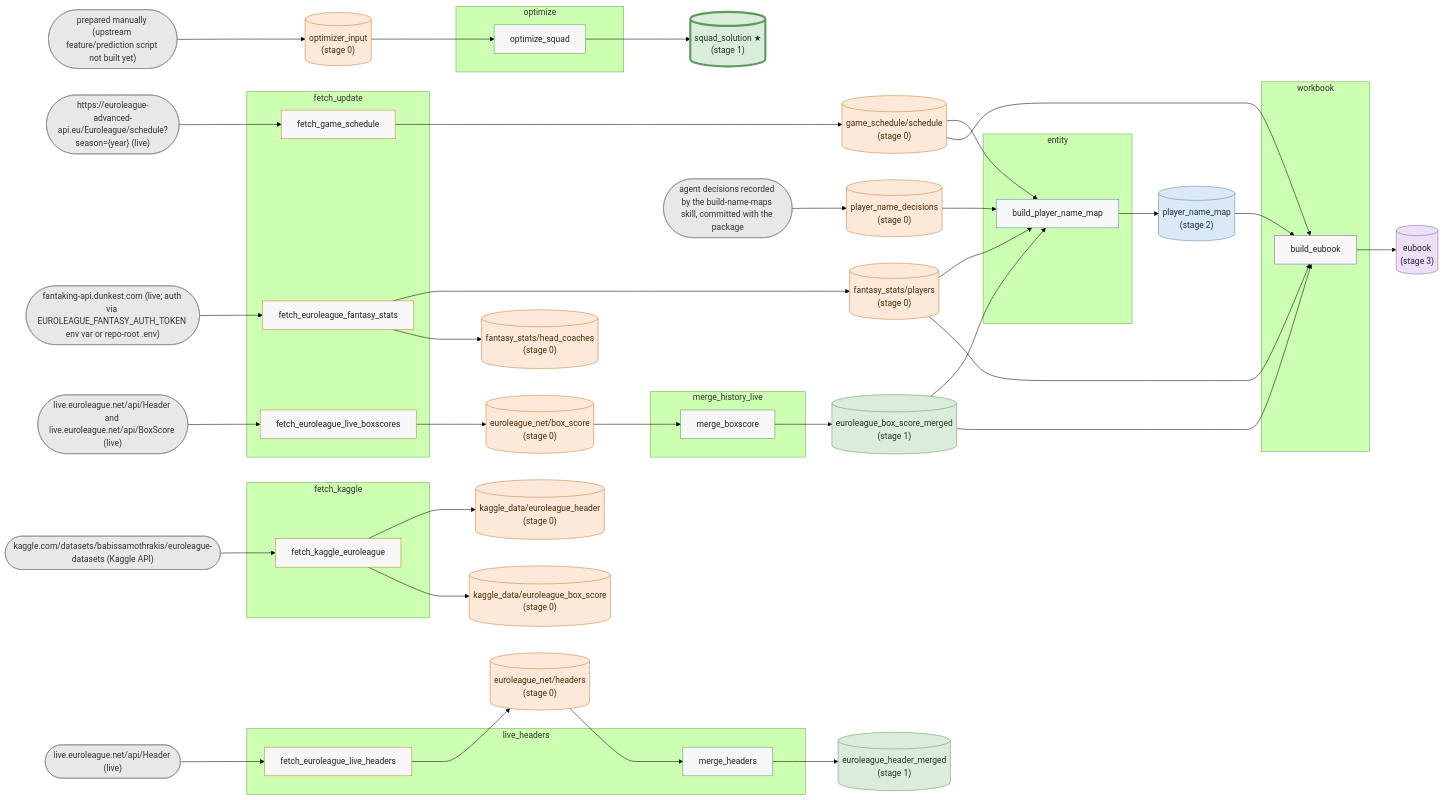
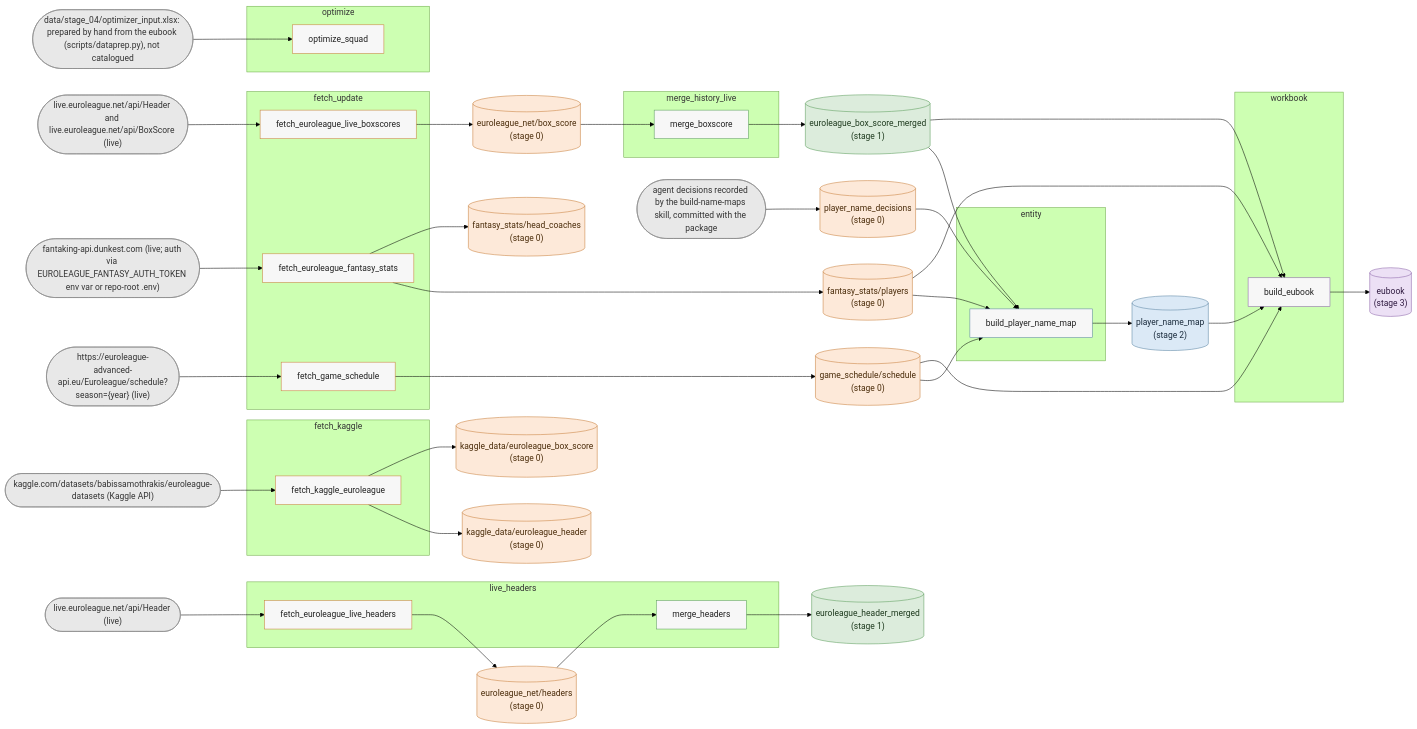
The diagram in docs/data-graph.md (Takfes/indie-euroleague), drawn with Mermaid (forest theme) before and after one commit. The commit also changed 8 other files, not shown here.

First line of the commit message:
refactor(optimize): fold scripts/optimize.py into eupy.optimize.optimize_squad

````diff
--- a/docs/data-graph.md
+++ b/docs/data-graph.md
@@ -8,12 +8,12 @@
 flowchart LR
     %% external sources
     x_agent_decisions_recorded_by_the_build_name_maps_skill__committed_with_the_package(["agent decisions recorded by the build-name-maps skill, committed with the package"])
+    x_data_stage_04_optimizer_input_xlsx__prepared_by_hand_from_the_eubook__scripts_dataprep_py___not_catalogued(["data/stage_04/optimizer_input.xlsx: prepared by hand from the eubook (scripts/dataprep.py), not catalogued"])
     x_fantaking_api_dunkest_com__live__auth_via_EUROLEAGUE_FANTASY_AUTH_TOKEN_env_var_or_repo_root__env_(["fantaking-api.dunkest.com (live; auth via EUROLEAGUE_FANTASY_AUTH_TOKEN env var or repo-root .env)"])
     x_https___euroleague_advanced_api_eu_Euroleague_schedule_season__year___live_(["https://euroleague-advanced-api.eu/Euroleague/schedule?season={year} (live)"])
     x_kaggle_com_datasets_babissamothrakis_euroleague_datasets__Kaggle_API_(["kaggle.com/datasets/babissamothrakis/euroleague-datasets (Kaggle API)"])
     x_live_euroleague_net_api_Header__live_(["live.euroleague.net/api/Header (live)"])
     x_live_euroleague_net_api_Header_and_live_euroleague_net_api_BoxScore__live_(["live.euroleague.net/api/Header and live.euroleague.net/api/BoxScore (live)"])
-    x_prepared_manually__upstream_feature_prediction_script_not_built_yet_(["prepared manually (upstream feature/prediction script not built yet)"])
 
     %% scripts
     subgraph p_entity["entity"]
@@ -49,11 +49,9 @@
     d_game_schedule_schedule[("game_schedule/schedule<br/>(stage 0)")]
     d_kaggle_data_euroleague_box_score[("kaggle_data/euroleague_box_score<br/>(stage 0)")]
     d_kaggle_data_euroleague_header[("kaggle_data/euroleague_header<br/>(stage 0)")]
-    d_optimizer_input[("optimizer_input<br/>(stage 0)")]
     d_player_name_decisions[("player_name_decisions<br/>(stage 0)")]
     d_euroleague_box_score_merged[("euroleague_box_score_merged<br/>(stage 1)")]
     d_euroleague_header_merged[("euroleague_header_merged<br/>(stage 1)")]
-    d_squad_solution[("squad_solution ★<br/>(stage 1)")]
     d_player_name_map[("player_name_map<br/>(stage 2)")]
     d_eubook[("eubook<br/>(stage 3)")]
 
@@ -66,7 +64,6 @@
     d_fantasy_stats_players --> s_build_player_name_map
     d_game_schedule_schedule --> s_build_eubook
     d_game_schedule_schedule --> s_build_player_name_map
-    d_optimizer_input --> s_optimize_squad
     d_player_name_decisions --> s_build_player_name_map
     d_player_name_map --> s_build_eubook
     s_build_eubook --> d_eubook
@@ -80,14 +77,13 @@
     s_fetch_kaggle_euroleague --> d_kaggle_data_euroleague_header
     s_merge_boxscore --> d_euroleague_box_score_merged
     s_merge_headers --> d_euroleague_header_merged
-    s_optimize_squad --> d_squad_solution
     x_agent_decisions_recorded_by_the_build_name_maps_skill__committed_with_the_package --> d_player_name_decisions
+    x_data_stage_04_optimizer_input_xlsx__prepared_by_hand_from_the_eubook__scripts_dataprep_py___not_catalogued --> s_optimize_squad
     x_fantaking_api_dunkest_com__live__auth_via_EUROLEAGUE_FANTASY_AUTH_TOKEN_env_var_or_repo_root__env_ --> s_fetch_euroleague_fantasy_stats
     x_https___euroleague_advanced_api_eu_Euroleague_schedule_season__year___live_ --> s_fetch_game_schedule
     x_kaggle_com_datasets_babissamothrakis_euroleague_datasets__Kaggle_API_ --> s_fetch_kaggle_euroleague
     x_live_euroleague_net_api_Header__live_ --> s_fetch_euroleague_live_headers
     x_live_euroleague_net_api_Header_and_live_euroleague_net_api_BoxScore__live_ --> s_fetch_euroleague_live_boxscores
-    x_prepared_manually__upstream_feature_prediction_script_not_built_yet_ --> d_optimizer_input
 
     %% colors by stage
     classDef script_stage0 fill:#f7f7f7,stroke:#c97f3a,color:#222222
@@ -97,17 +93,15 @@
     classDef source fill:#e8e8e8,stroke:#888888,color:#333333
     classDef stage0 fill:#fde9d9,stroke:#c97f3a,color:#4a2c0a
     classDef stage1 fill:#dcecdc,stroke:#5a9c5a,color:#1e3a1e
-    classDef stage1_final fill:#dcecdc,stroke:#5a9c5a,color:#1e3a1e,stroke-width:4px
     classDef stage2 fill:#dbe9f6,stroke:#5b84a3,color:#1a2b3c
     classDef stage3 fill:#ece0f5,stroke:#8a62a8,color:#2f1a40
-    class s_fetch_euroleague_fantasy_stats,s_fetch_euroleague_live_boxscores,s_fetch_euroleague_live_headers,s_fetch_game_schedule,s_fetch_kaggle_euroleague script_stage0
-    class s_merge_boxscore,s_merge_headers,s_optimize_squad script_stage1
+    class s_fetch_euroleague_fantasy_stats,s_fetch_euroleague_live_boxscores,s_fetch_euroleague_live_headers,s_fetch_game_schedule,s_fetch_kaggle_euroleague,s_optimize_squad script_stage0
+    class s_merge_boxscore,s_merge_headers script_stage1
     class s_build_player_name_map script_stage2
     class s_build_eubook script_stage3
-    class x_agent_decisions_recorded_by_the_build_name_maps_skill__committed_with_the_package,x_fantaking_api_dunkest_com__live__auth_via_EUROLEAGUE_FANTASY_AUTH_TOKEN_env_var_or_repo_root__env_,x_https___euroleague_advanced_api_eu_Euroleague_schedule_season__year___live_,x_kaggle_com_datasets_babissamothrakis_euroleague_datasets__Kaggle_API_,x_live_euroleague_net_api_Header__live_,x_live_euroleague_net_api_Header_and_live_euroleague_net_api_BoxScore__live_,x_prepared_manually__upstream_feature_prediction_script_not_built_yet_ source
-    class d_euroleague_net_box_score,d_euroleague_net_headers,d_fantasy_stats_head_coaches,d_fantasy_stats_players,d_game_schedule_schedule,d_kaggle_data_euroleague_box_score,d_kaggle_data_euroleague_header,d_optimizer_input,d_player_name_decisions stage0
+    class x_agent_decisions_recorded_by_the_build_name_maps_skill__committed_with_the_package,x_data_stage_04_optimizer_input_xlsx__prepared_by_hand_from_the_eubook__scripts_dataprep_py___not_catalogued,x_fantaking_api_dunkest_com__live__auth_via_EUROLEAGUE_FANTASY_AUTH_TOKEN_env_var_or_repo_root__env_,x_https___euroleague_advanced_api_eu_Euroleague_schedule_season__year___live_,x_kaggle_com_datasets_babissamothrakis_euroleague_datasets__Kaggle_API_,x_live_euroleague_net_api_Header__live_,x_live_euroleague_net_api_Header_and_live_euroleague_net_api_BoxScore__live_ source
+    class d_euroleague_net_box_score,d_euroleague_net_headers,d_fantasy_stats_head_coaches,d_fantasy_stats_players,d_game_schedule_schedule,d_kaggle_data_euroleague_box_score,d_kaggle_data_euroleague_header,d_player_name_decisions stage0
     class d_euroleague_box_score_merged,d_euroleague_header_merged stage1
-    class d_squad_solution stage1_final
     class d_player_name_map stage2
     class d_eubook stage3
 ```
````
